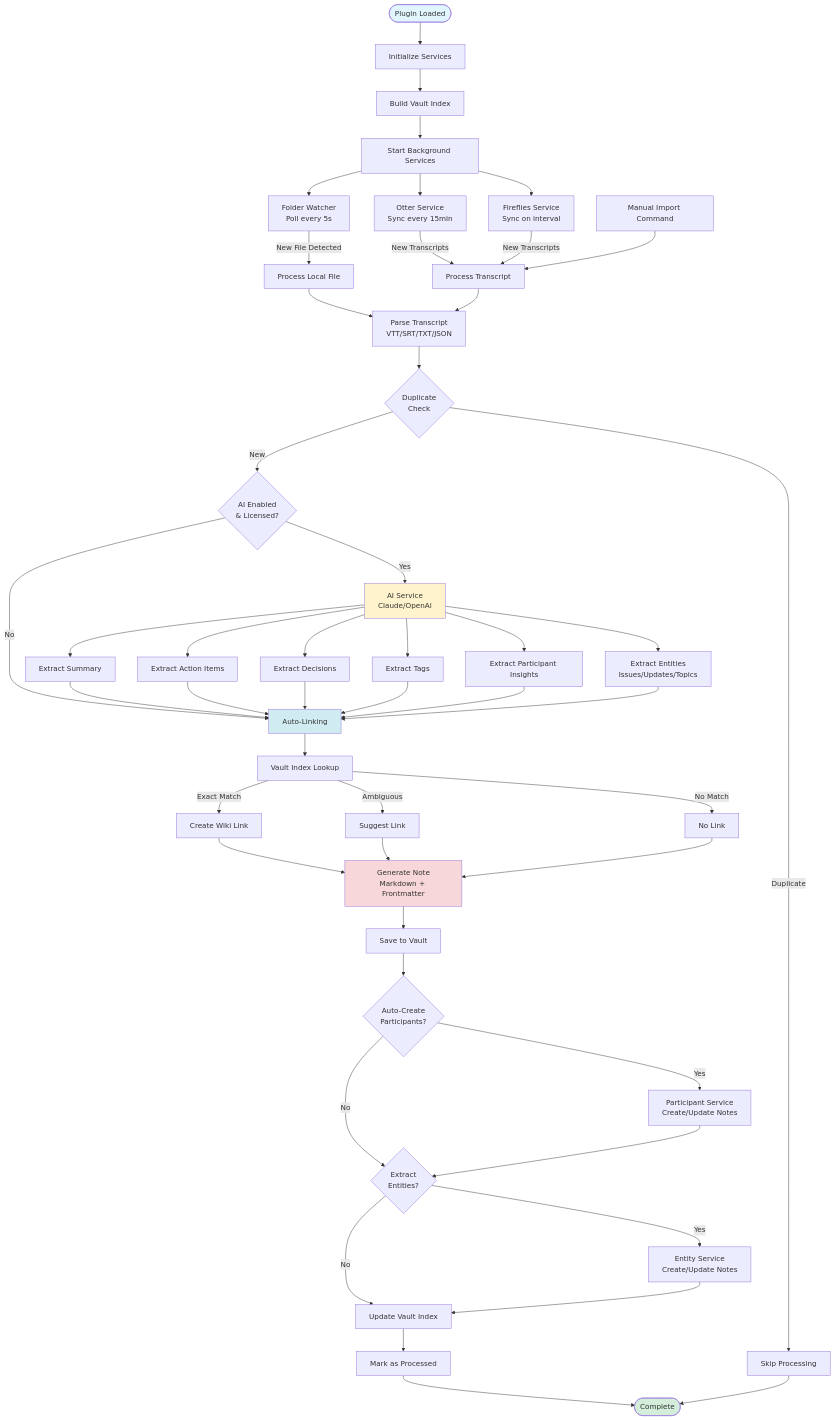
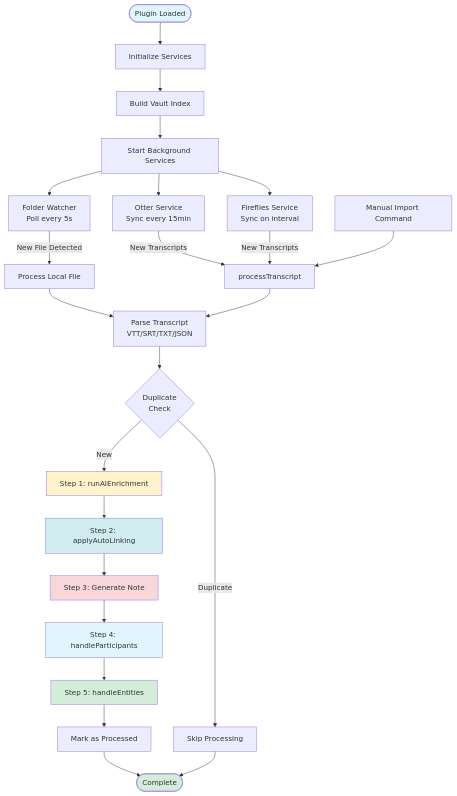
Before and after one commit to pattynextdoor/meetingmind: the first of 11 diagrams in docs/ENGINEERING-FLOW.md, drawn with Mermaid. The commit also changed other lines of this file and 1 other file, not shown here.

First line of the commit message:
refactor: decompose processTranscript into focused helper methods

````diff
--- a/docs/ENGINEERING-FLOW.md
+++ b/docs/ENGINEERING-FLOW.md
@@ -7,70 +7,40 @@
 ```mermaid
 flowchart TB
     Start([Plugin Loaded]) --> Init[Initialize Services]
     Init --> BuildIndex[Build Vault Index]
     BuildIndex --> StartServices[Start Background Services]
     
     StartServices --> FolderWatcher[Folder Watcher<br/>Poll every 5s]
     StartServices --> OtterSync[Otter Service<br/>Sync every 15min]
     StartServices --> FirefliesSync[Fireflies Service<br/>Sync on interval]
     
     FolderWatcher -->|New File Detected| ProcessFile[Process Local File]
-    OtterSync -->|New Transcripts| ProcessTranscript[Process Transcript]
+    OtterSync -->|New Transcripts| ProcessTranscript[processTranscript]
     FirefliesSync -->|New Transcripts| ProcessTranscript
     ManualImport[Manual Import Command] --> ProcessTranscript
     
     ProcessFile --> Parse[Parse Transcript<br/>VTT/SRT/TXT/JSON]
     ProcessTranscript --> Parse
     
     Parse --> CheckDup{Duplicate<br/>Check}
     CheckDup -->|Duplicate| Skip[Skip Processing]
-    CheckDup -->|New| AIEnrich{AI Enabled<br/>& Licensed?}
+    CheckDup -->|New| Step1[Step 1: runAIEnrichment]
     
-    AIEnrich -->|Yes| AIService[AI Service<br/>Claude/OpenAI]
-    AIEnrich -->|No| AutoLink[Auto-Linking]
+    Step1 --> Step2[Step 2: applyAutoLinking]
+    Step2 --> Step3[Step 3: Generate Note]
+    Step3 --> Step4[Step 4: handleParticipants]
+    Step4 --> Step5[Step 5: handleEntities]
     
-    AIService --> ExtractSummary[Extract Summary]
-    AIService --> ExtractActions[Extract Action Items]
-    AIService --> ExtractDecisions[Extract Decisions]
-    AIService --> ExtractTags[Extract Tags]
-    AIService --> ExtractInsights[Extract Participant Insights]
-    AIService --> ExtractEntities[Extract Entities<br/>Issues/Updates/Topics]
-    
-    ExtractSummary --> AutoLink
-    ExtractActions --> AutoLink
-    ExtractDecisions --> AutoLink
-    ExtractTags --> AutoLink
-    ExtractInsights --> AutoLink
-    ExtractEntities --> AutoLink
-    
-    AutoLink --> VaultIndex[Vault Index Lookup]
-    VaultIndex -->|Exact Match| CreateLink[Create Wiki Link]
-    VaultIndex -->|Ambiguous| SuggestLink[Suggest Link]
-    VaultIndex -->|No Match| NoLink[No Link]
-    
-    CreateLink --> GenerateNote
-    SuggestLink --> GenerateNote
-    NoLink --> GenerateNote
-    
-    GenerateNote[Generate Note<br/>Markdown + Frontmatter] --> SaveNote[Save to Vault]
-    
-    SaveNote --> ProcessParticipants{Auto-Create<br/>Participants?}
-    ProcessParticipants -->|Yes| ParticipantService[Participant Service<br/>Create/Update Notes]
-    ProcessParticipants -->|No| ProcessEntities
-    
-    ParticipantService --> ProcessEntities{Extract<br/>Entities?}
-    ProcessEntities -->|Yes| EntityService[Entity Service<br/>Create/Update Notes]
-    ProcessEntities -->|No| UpdateIndex
-    
-    EntityService --> UpdateIndex[Update Vault Index]
-    UpdateIndex --> MarkProcessed[Mark as Processed]
+    Step5 --> MarkProcessed[Mark as Processed]
     MarkProcessed --> End([Complete])
     
     Skip --> End
     
     style Start fill:#e1f5ff
     style End fill:#d4edda
-    style AIService fill:#fff3cd
-    style AutoLink fill:#d1ecf1
-    style GenerateNote fill:#f8d7da
+    style Step1 fill:#fff3cd
+    style Step2 fill:#d1ecf1
+    style Step3 fill:#f8d7da
+    style Step4 fill:#e1f5ff
+    style Step5 fill:#d4edda
 ```
````
